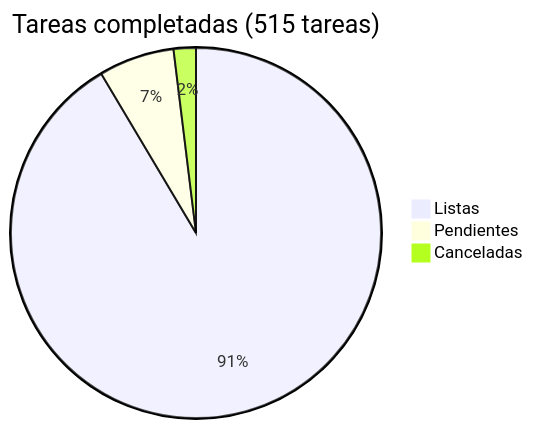
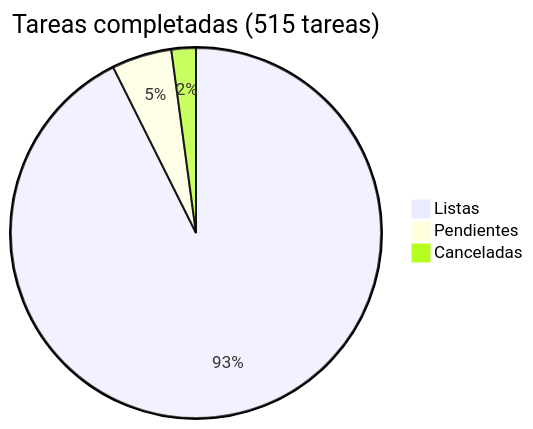
The diagram in docs/roadmap/README.md (araguaney-lat/araguaney), drawn with Mermaid before and after one commit. The commit also changed other lines of this file and 6 other files, not shown here.

````diff
--- a/docs/roadmap/README.md
+++ b/docs/roadmap/README.md
@@ -5,6 +5,6 @@
 ```mermaid
 pie title Tareas completadas (515 tareas)
-    "Listas" : 471
-    "Pendientes" : 34
-    "Canceladas" : 10
+    "Listas" : 477
+    "Pendientes" : 27
+    "Canceladas" : 11
 ```
````
